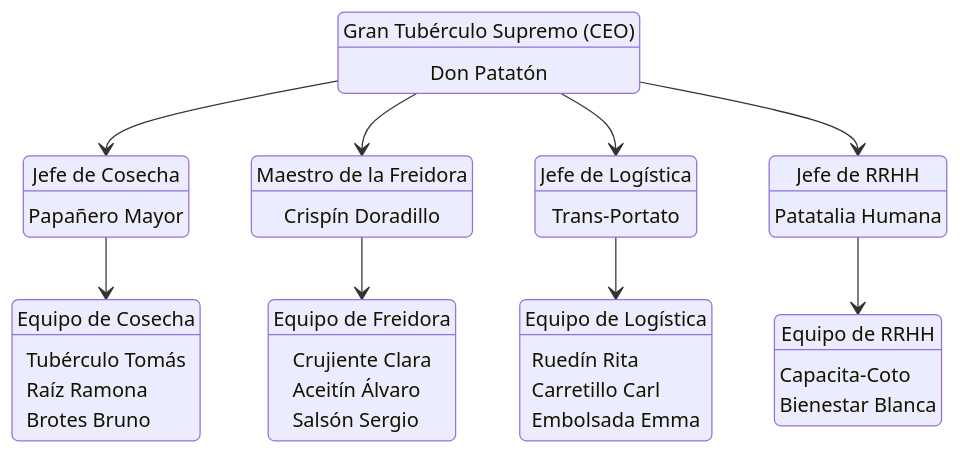
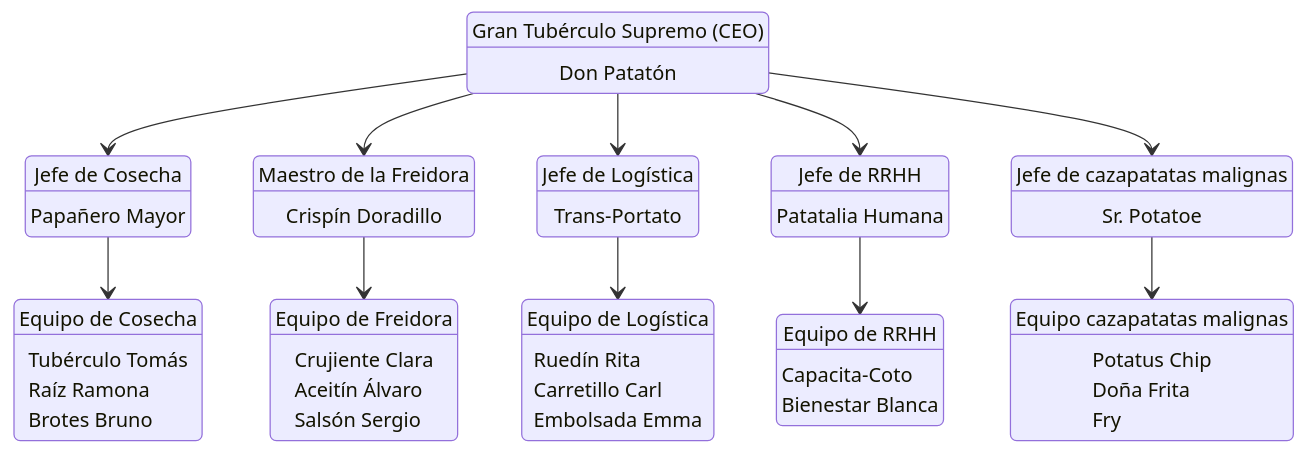
The diagram in 01 Apuntes/DAM/Sistemas de gestión empresarial/Tema 5/Proyecto/Creacion de empresa.md (pedroporo/apuntesclase), drawn with Mermaid before and after one commit. The commit also changed other lines of this file, not shown here.

Commit message:
vault backup: 2025-12-05 16:35:55

````diff
--- a/01 Apuntes/DAM/Sistemas de gestión empresarial/Tema 5/Proyecto/Creacion de empresa.md
+++ b/01 Apuntes/DAM/Sistemas de gestión empresarial/Tema 5/Proyecto/Creacion de empresa.md
@@ -20,45 +20,105 @@
 ```mermaid
 stateDiagram-v2
-    state "Gran Tubérculo Supremo (CEO)" as ceo
-    state "Don Patatón" as ceo
-    ceo --> cosechamngr
-    ceo --> freidoramngr
-    ceo --> logimngr
-    ceo --> rrhhmngr
 
-    state "Jefe de Cosecha" as cosechamngr
-    state "Papañero Mayor" as cosechamngr
-    cosechamngr --> cosecha
+state "Gran Tubérculo Supremo (CEO)" as ceo
 
-    state "Equipo de Cosecha" as cosecha
-    state "Tubérculo Tomás" as cosecha
-    state "Raíz Ramona" as cosecha
-    state "Brotes Bruno" as cosecha
+state "Don Patatón" as ceo
 
-    state "Maestro de la Freidora" as freidoramngr
-    state "Crispín Doradillo" as freidoramngr
-    freidoramngr --> freidora
+ceo --> cosechamngr
 
-    state "Equipo de Freidora" as freidora
-    state "Crujiente Clara" as freidora
-    state "Aceitín Álvaro" as freidora
-    state "Salsón Sergio" as freidora
+ceo --> freidoramngr
 
-    state "Jefe de Logística" as logimngr
-    state "Trans-Portato" as logimngr
-    logimngr --> logistica
+ceo --> logimngr
 
-    state "Equipo de Logística" as logistica
-    state "Ruedín Rita" as logistica
-    state "Carretillo Carl" as logistica
-    state "Embolsada Emma" as logistica
+ceo --> rrhhmngr
 
-    state "Jefe de RRHH" as rrhhmngr
-    state "Patatalia Humana" as rrhhmngr
-    rrhhmngr --> rrhh
+ceo --> cazaevilmngr
 
-    state "Equipo de RRHH" as rrhh
-    state "Capacita-Coto" as rrhh
-    state "Bienestar Blanca" as rrhh
+  
 
+state "Jefe de Cosecha" as cosechamngr
+
+state "Papañero Mayor" as cosechamngr
+
+cosechamngr --> cosecha
+
+  
+
+state "Equipo de Cosecha" as cosecha
+
+state "Tubérculo Tomás" as cosecha
+
+state "Raíz Ramona" as cosecha
+
+state "Brotes Bruno" as cosecha
+
+  
+
+state "Maestro de la Freidora" as freidoramngr
+
+state "Crispín Doradillo" as freidoramngr
+
+freidoramngr --> freidora
+
+  
+
+state "Equipo de Freidora" as freidora
+
+state "Crujiente Clara" as freidora
+
+state "Aceitín Álvaro" as freidora
+
+state "Salsón Sergio" as freidora
+
+  
+
+state "Jefe de Logística" as logimngr
+
+state "Trans-Portato" as logimngr
+
+logimngr --> logistica
+
+  
+
+state "Equipo de Logística" as logistica
+
+state "Ruedín Rita" as logistica
+
+state "Carretillo Carl" as logistica
+
+state "Embolsada Emma" as logistica
+
+  
+
+state "Jefe de RRHH" as rrhhmngr
+
+state "Patatalia Humana" as rrhhmngr
+
+rrhhmngr --> rrhh
+
+  
+
+state "Equipo de RRHH" as rrhh
+
+state "Capacita-Coto" as rrhh
+
+state "Bienestar Blanca" as rrhh
+
+  
+
+state "Jefe de cazapatatas malignas" as cazaevilmngr
+
+state "Sr. Potatoe" as cazaevilmngr
+
+cazaevilmngr --> cazaevil
+
+  
+
+state "Equipo cazapatatas malignas" as cazaevil
+
+state "Potatus Chip" as cazaevil
+
+state "Doña Frita" as cazaevil
+
+state "Fry" as cazaevil
 ```
````
